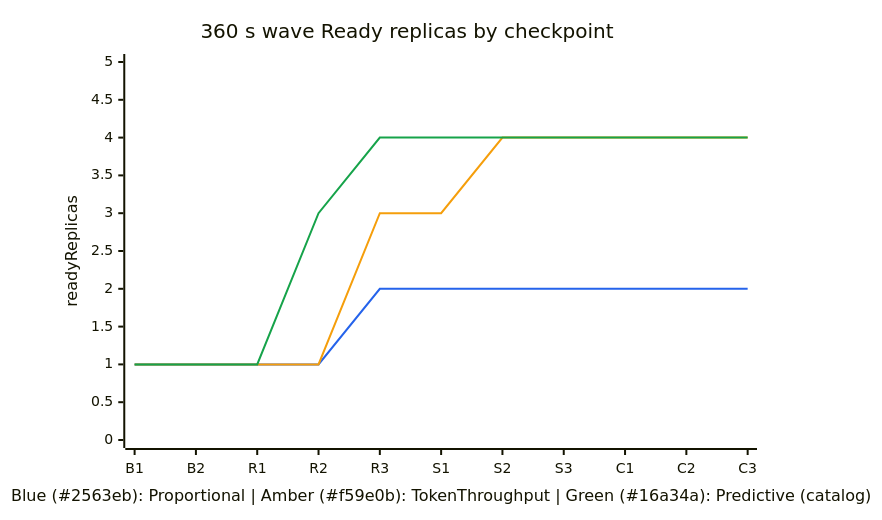
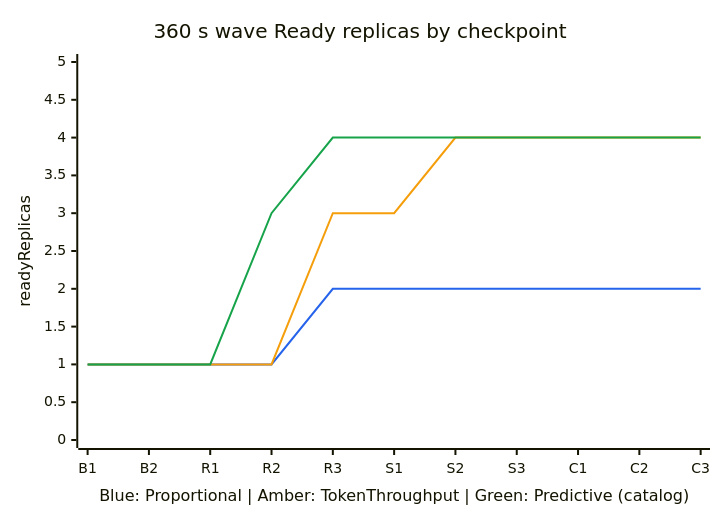
One commit to gpustack/gpustack-operator changed the eighth of 9 diagrams in docs/modules/model-deployment/scaling-benchmark.md. Above: the diagram before and after it, drawn with Mermaid. The commit also changed other lines of this file, not shown here.

Commit message:
docs(scaling): remove hex color codes from xychart-beta x-axis labels

````diff
--- a/docs/modules/model-deployment/scaling-benchmark.md
+++ b/docs/modules/model-deployment/scaling-benchmark.md
@@ -403,10 +403,10 @@
 ```mermaid
 %%{init: {"themeVariables": {"xyChart": {"plotColorPalette": "#2563eb, #f59e0b, #16a34a"}}}}%%
 xychart-beta
     title "360 s wave Ready replicas by checkpoint"
-    x-axis "Blue (#2563eb): Proportional | Amber (#f59e0b): TokenThroughput | Green (#16a34a): Predictive (catalog)" ["B1", "B2", "R1", "R2", "R3", "S1", "S2", "S3", "C1", "C2", "C3"]
+    x-axis "Blue: Proportional | Amber: TokenThroughput | Green: Predictive (catalog)" ["B1", "B2", "R1", "R2", "R3", "S1", "S2", "S3", "C1", "C2", "C3"]
     y-axis "readyReplicas" 0 --> 5
     line "Proportional" [1, 1, 1, 1, 2, 2, 2, 2, 2, 2, 2]
     line "TokenThroughput" [1, 1, 1, 1, 3, 3, 4, 4, 4, 4, 4]
     line "Predictive (catalog)" [1, 1, 1, 3, 4, 4, 4, 4, 4, 4, 4]
 ```
````
